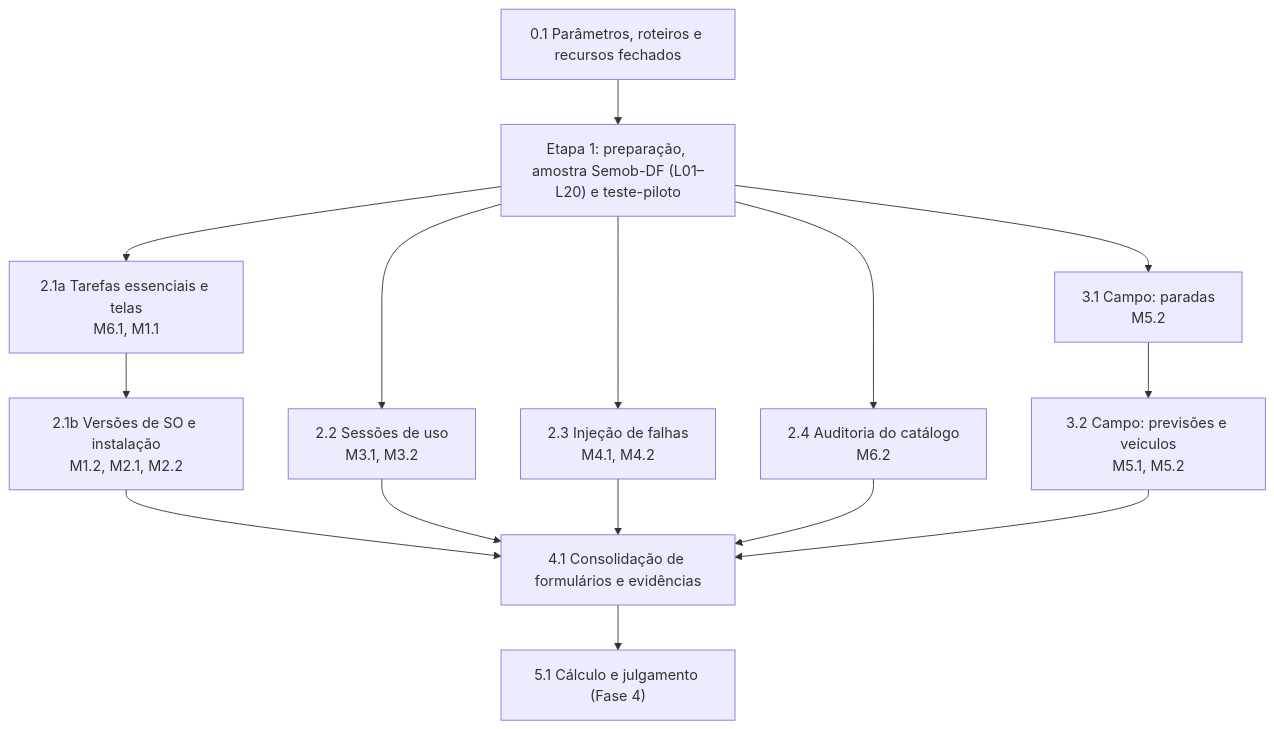
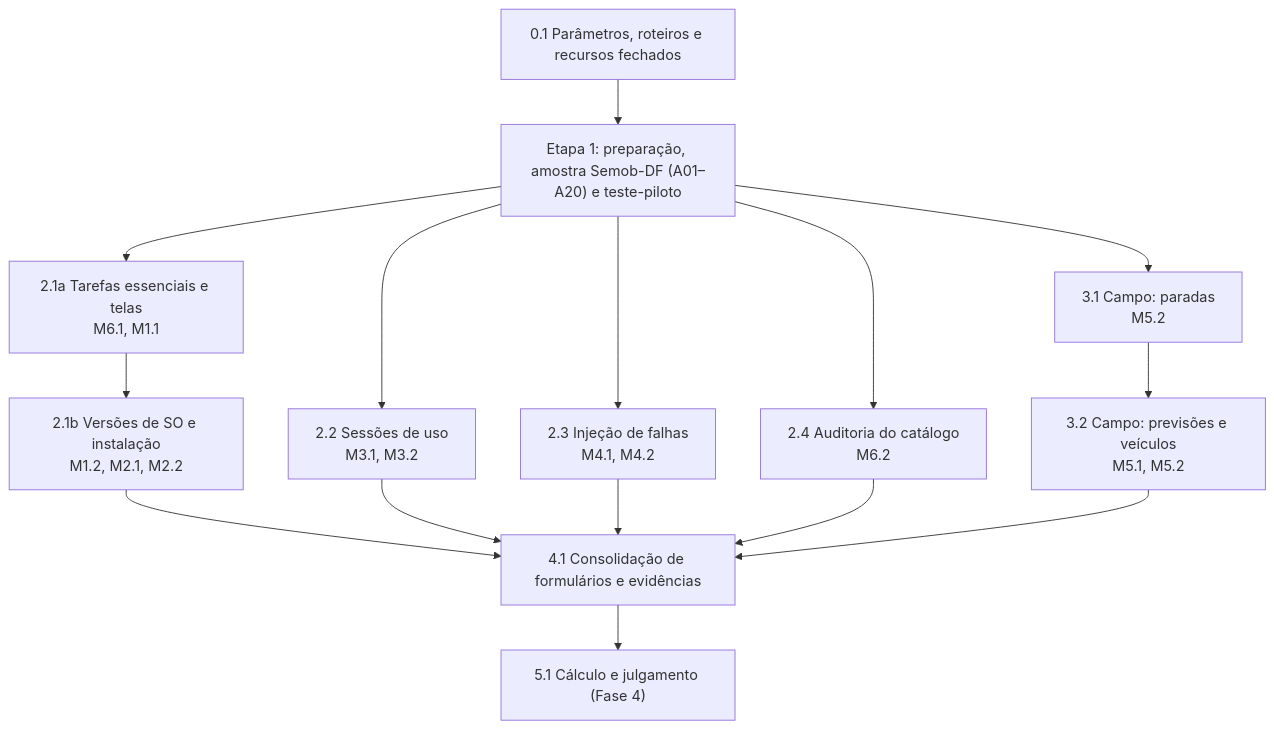
One commit to FCTE-Qualidade-de-Software-1/2026-2_T02_CAROL_SHAW changed the diagram in docs/fase3/4-cronograma.md. Above: the diagram before and after it, drawn with Mermaid. The commit also changed other lines of this file and 4 other files, not shown here.

````diff
--- a/docs/fase3/4-cronograma.md
+++ b/docs/fase3/4-cronograma.md
@@ -36,17 +36,17 @@
 ```mermaid
 flowchart TD
-    P["0.1 Parâmetros, roteiros e recursos fechados"] --> E1["Etapa 1: preparação, amostra Semob-DF (L01–L20) e teste-piloto"]
+    P["0.1 Parâmetros, roteiros e recursos fechados"] --> E1["Etapa 1: preparação, amostra Semob-DF (A01–A20) e teste-piloto"]
     E1 --> A["2.1a Tarefas essenciais e telas<br>M6.1, M1.1"]
     A --> B["2.1b Versões de SO e instalação<br>M1.2, M2.1, M2.2"]
     E1 --> C["2.2 Sessões de uso<br>M3.1, M3.2"]
     E1 --> D["2.3 Injeção de falhas<br>M4.1, M4.2"]
     E1 --> F["2.4 Auditoria do catálogo<br>M6.2"]
     E1 --> G["3.1 Campo: paradas<br>M5.2"]
     G --> H["3.2 Campo: previsões e veículos<br>M5.1, M5.2"]
     B --> I["4.1 Consolidação de formulários e evidências"]
     C --> I
     D --> I
     F --> I
     H --> I
     I --> J["5.1 Cálculo e julgamento (Fase 4)"]
 ```
````
